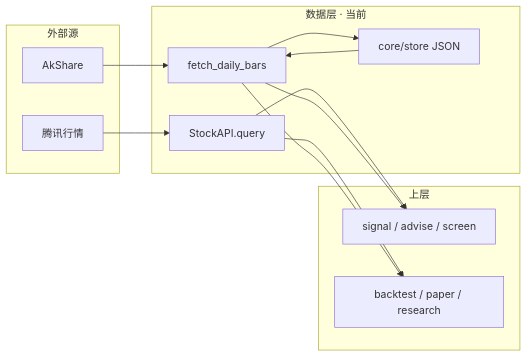
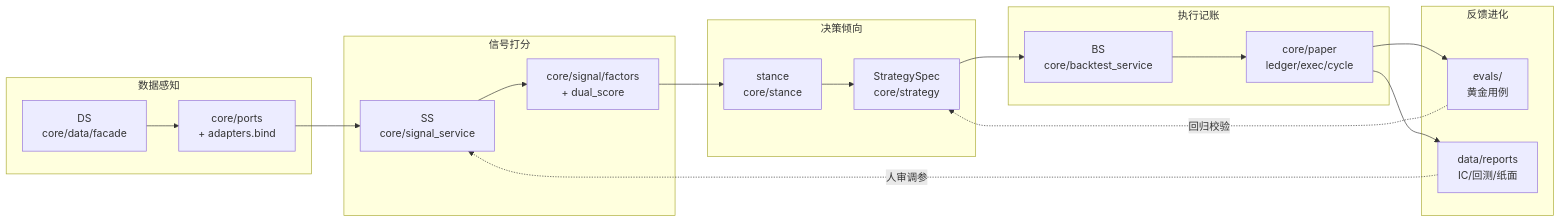
Diagram 13 of 13 in investment/docs/architecture.md (KaimingGao/workspace_gaokm), drawn with Mermaid before and after one commit. The commit also changed other lines of this file and 14 other files, not shown here.

First line of the commit message:
docs: 拆分架构总览并补上六边形 Ports & Adapters。

````diff
--- a/investment/docs/architecture.md
+++ b/investment/docs/architecture.md
@@ -1339,27 +1383,33 @@
 ```mermaid
 flowchart LR
-  subgraph sources [外部源]
-    TX[腾讯行情]
-    AK[AkShare]
+  subgraph Data [数据感知]
+    DS[DS<br/>core/data/facade]
+    Ports[core/ports<br/>+ adapters.bind]
+  end
+  subgraph Signal [信号打分]
+    SS[SS<br/>core/signal_service]
+    Factors[core/signal/factors<br/>+ dual_score]
+  end
+  subgraph Decision [决策倾向]
+    Stance[stance<br/>core/stance]
+    Strategy[StrategySpec<br/>core/strategy]
+  end
+  subgraph Exec [执行记账]
+    BS[BS<br/>core/backtest_service]
+    Paper[core/paper<br/>ledger/exec/cycle]
+  end
+  subgraph Feedback [反馈进化]
+    Evals[evals/<br/>黄金用例]
+    Reports[data/reports<br/>IC/回测/纸面]
   end
 
-  subgraph layer [数据层 · 当前]
-    Q[StockAPI.query]
-    H[fetch_daily_bars]
-    S[core/store JSON]
-  end
-
-  subgraph upper [上层]
-    SIG[signal / advise / screen]
-    BT[backtest / paper / research]
-  end
-
-  TX --> Q
-  AK --> H
-  H --> S
-  Q --> SIG
-  H --> SIG
-  S --> H
-  Q --> BT
-  H --> BT
+  DS --> Ports --> SS
+  SS --> Factors --> Stance
+  Stance --> Strategy
+  Strategy --> BS
+  BS --> Paper
+  Paper --> Evals
+  Paper --> Reports
+  Reports -.->|人审调参| SS
+  Evals -.->|回归校验| Strategy
 ```
````
